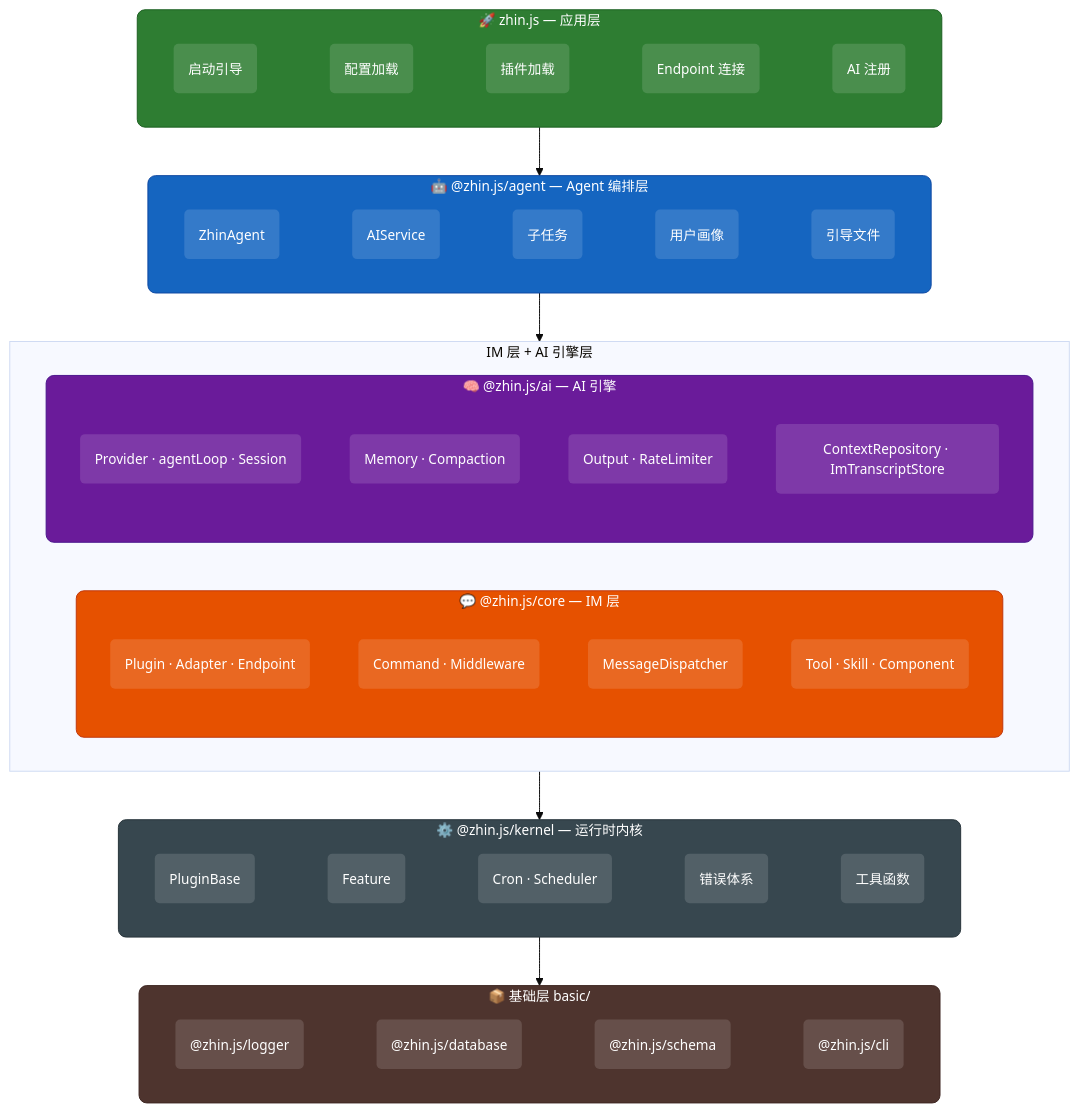
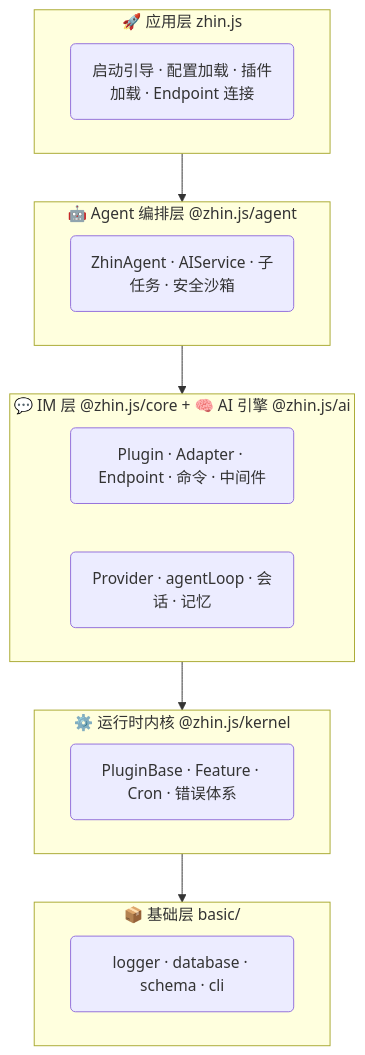
Before and after one commit to zhinjs/zhin: the diagram in docs/architecture-overview.md, drawn with Mermaid. The commit also changed other lines of this file and 81 other files, not shown here.

````diff
--- a/docs/architecture-overview.md
+++ b/docs/architecture-overview.md
@@ -7,62 +7,20 @@
 ```mermaid
-%%{init: {'theme': 'base', 'themeVariables': { 'fontSize': '14px' }}}%%
 graph TB
-  subgraph L5["🚀 zhin.js — 应用层"]
-    direction LR
-    L5A("启动引导") ~~~ L5B("配置加载") ~~~ L5C("插件加载") ~~~ L5D("Endpoint 连接") ~~~ L5E("AI 注册")
+  subgraph L5["🚀 应用层 zhin.js"]
+    L5A("启动引导 · 配置加载 · 插件加载 · Endpoint 连接")
   end
-
-  subgraph L4["🤖 @zhin.js/agent — Agent 编排层"]
-    direction LR
-    L4A("ZhinAgent") ~~~ L4B("AIService") ~~~ L4C("子任务") ~~~ L4D("用户画像") ~~~ L4E("引导文件")
+  subgraph L4["🤖 Agent 编排层 @zhin.js/agent"]
+    L4A("ZhinAgent · AIService · 子任务 · 安全沙箱")
   end
-
-  subgraph L3["IM 层 + AI 引擎层"]
-    direction LR
-    subgraph L3A["💬 @zhin.js/core — IM 层"]
-      direction TB
-      C1("Plugin · Adapter · Endpoint")
-      C2("Command · Middleware")
-      C3("MessageDispatcher")
-      C4("Tool · Skill · Component")
-    end
-    subgraph L3B["🧠 @zhin.js/ai — AI 引擎"]
-      direction TB
-      A1("Provider · agentLoop · Session")
-      A2("Memory · Compaction")
-      A3("Output · RateLimiter")
-      A4("ContextRepository · ImTranscriptStore")
-    end
+  subgraph L3["💬 IM 层 @zhin.js/core + 🧠 AI 引擎 @zhin.js/ai"]
+    L3A("Plugin · Adapter · Endpoint · 命令 · 中间件")
+    L3B("Provider · agentLoop · 会话 · 记忆")
   end
-
-  subgraph L2["⚙️ @zhin.js/kernel — 运行时内核"]
-    direction LR
-    L2A("PluginBase") ~~~ L2B("Feature") ~~~ L2C("Cron · Scheduler") ~~~ L2D("错误体系") ~~~ L2E("工具函数")
+  subgraph L2["⚙️ 运行时内核 @zhin.js/kernel"]
+    L2A("PluginBase · Feature · Cron · 错误体系")
   end
-
   subgraph L1["📦 基础层 basic/"]
-    direction LR
-    L1A("@zhin.js/logger") ~~~ L1B("@zhin.js/database") ~~~ L1C("@zhin.js/schema") ~~~ L1D("@zhin.js/cli")
+    L1A("logger · database · schema · cli")
   end
-
-  L5 --> L4
-  L4 --> L3
-  L3 --> L2
-  L2 --> L1
-
-  classDef appLayer fill:#2e7d32,stroke:#1b5e20,color:#fff,rx:8
-  classDef agentLayer fill:#1565c0,stroke:#0d47a1,color:#fff,rx:8
-  classDef coreLayer fill:#e65100,stroke:#bf360c,color:#fff,rx:8
-  classDef aiLayer fill:#6a1b9a,stroke:#4a148c,color:#fff,rx:8
-  classDef kernelLayer fill:#37474f,stroke:#263238,color:#fff,rx:8
-  classDef basicLayer fill:#4e342e,stroke:#3e2723,color:#fff,rx:8
-  classDef nodeStyle fill:#ffffff22,stroke:none,color:#fff
-
-  class L5 appLayer
-  class L4 agentLayer
-  class L3A coreLayer
-  class L3B aiLayer
-  class L2 kernelLayer
-  class L1 basicLayer
-  class L5A,L5B,L5C,L5D,L5E,L4A,L4B,L4C,L4D,L4E,L2A,L2B,L2C,L2D,L2E,L1A,L1B,L1C,L1D,C1,C2,C3,C4,A1,A2,A3,A4 nodeStyle
+  L5 --> L4 --> L3 --> L2 --> L1
 ```
````
